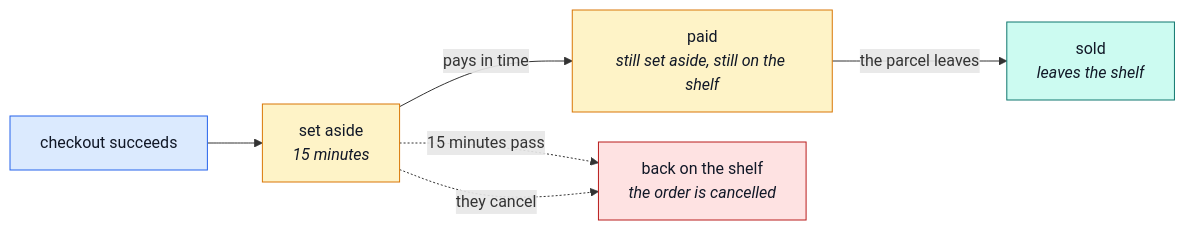
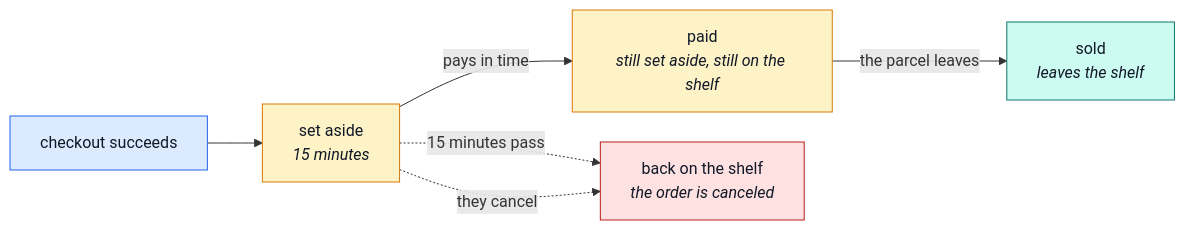
Before and after one commit to Guebbit/boilerplate-node-backend: the third of 3 diagrams in docs/demo-ecommerce/shopper.md, drawn with Mermaid. The commit also changed 301 other files, not shown here.

````diff
--- a/docs/demo-ecommerce/shopper.md
+++ b/docs/demo-ecommerce/shopper.md
@@ -87,18 +87,18 @@
 ```mermaid
 %%{init: {'flowchart': {'nodeSpacing': 30, 'rankSpacing': 55}}}%%
 flowchart LR
     A["checkout succeeds"] --> B["set aside<br/><i>15 minutes</i>"]
     B -->|"pays in time"| P["paid<br/><i>still set aside, still on the shelf</i>"]
     P -->|"the parcel leaves"| C["sold<br/><i>leaves the shelf</i>"]
-    B -.->|"15 minutes pass"| D["back on the shelf<br/><i>the order is cancelled</i>"]
+    B -.->|"15 minutes pass"| D["back on the shelf<br/><i>the order is canceled</i>"]
     B -.->|"they cancel"| D
 
     classDef act fill:#dbeafe,stroke:#2563eb,color:#111827;
     classDef hold fill:#fef3c7,stroke:#d97706,color:#111827;
     classDef done fill:#ccfbf1,stroke:#0f766e,color:#111827;
     classDef bad fill:#fee2e2,stroke:#b91c1c,color:#111827;
     class A act;
     class B,P hold;
     class C done;
     class D bad;
 ```
````
